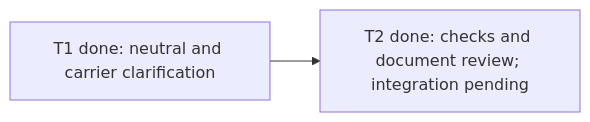
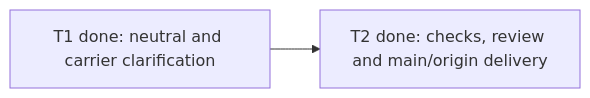
Before and after one commit to dm-uy/galaxica-sombrero: the fourth of 4 diagrams in examples/pm-project/ROADMAP.md, drawn with Mermaid. The commit also changed other lines of this file and 4 other files, not shown here.

Commit message:
Record GRACE-Q2 main integration and origin delivery

````diff
--- a/examples/pm-project/ROADMAP.md
+++ b/examples/pm-project/ROADMAP.md
@@ -109,4 +109,4 @@
 ```mermaid
 flowchart LR
-    GQ2T1["T1 done: neutral and carrier clarification"] --> GQ2T2["T2 done: checks and document review; integration pending"]
+    GQ2T1["T1 done: neutral and carrier clarification"] --> GQ2T2["T2 done: checks, review and main/origin delivery"]
 ```
````
